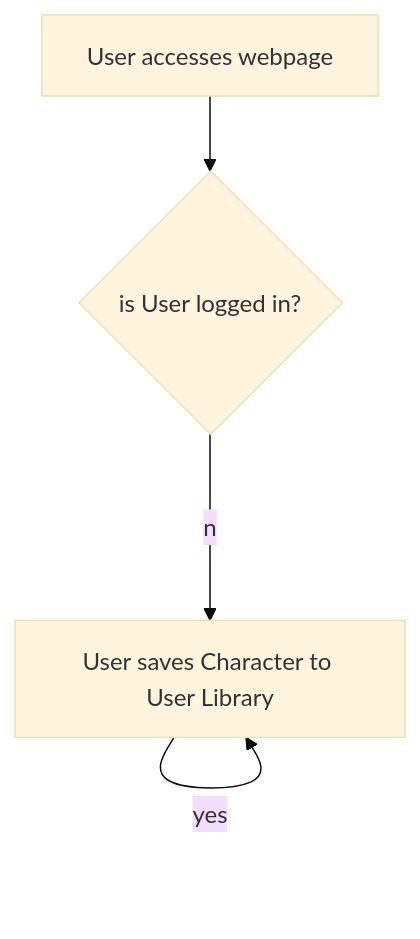
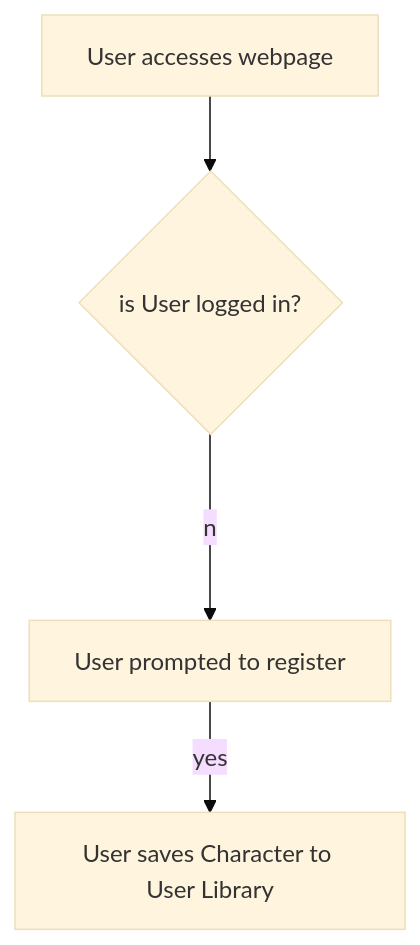
One commit to Wren00/create-an-orc changed the fourth of 4 diagrams in README.md. Above: the diagram before and after it, drawn with Mermaid (base theme).

````diff
--- a/README.md
+++ b/README.md
@@ -579,4 +579,4 @@
 ```mermaid
 flowchart TD
- 	A[User accesses webpage]  --> B{is User logged in?} --no--> C[User prompted to register] --yes--> C[User saves Character to User Library] 
+ 	A[User accesses webpage]  --> B{is User logged in?} --no--> C[User prompted to register] --yes--> D[User saves Character to User Library]
 ```
````
